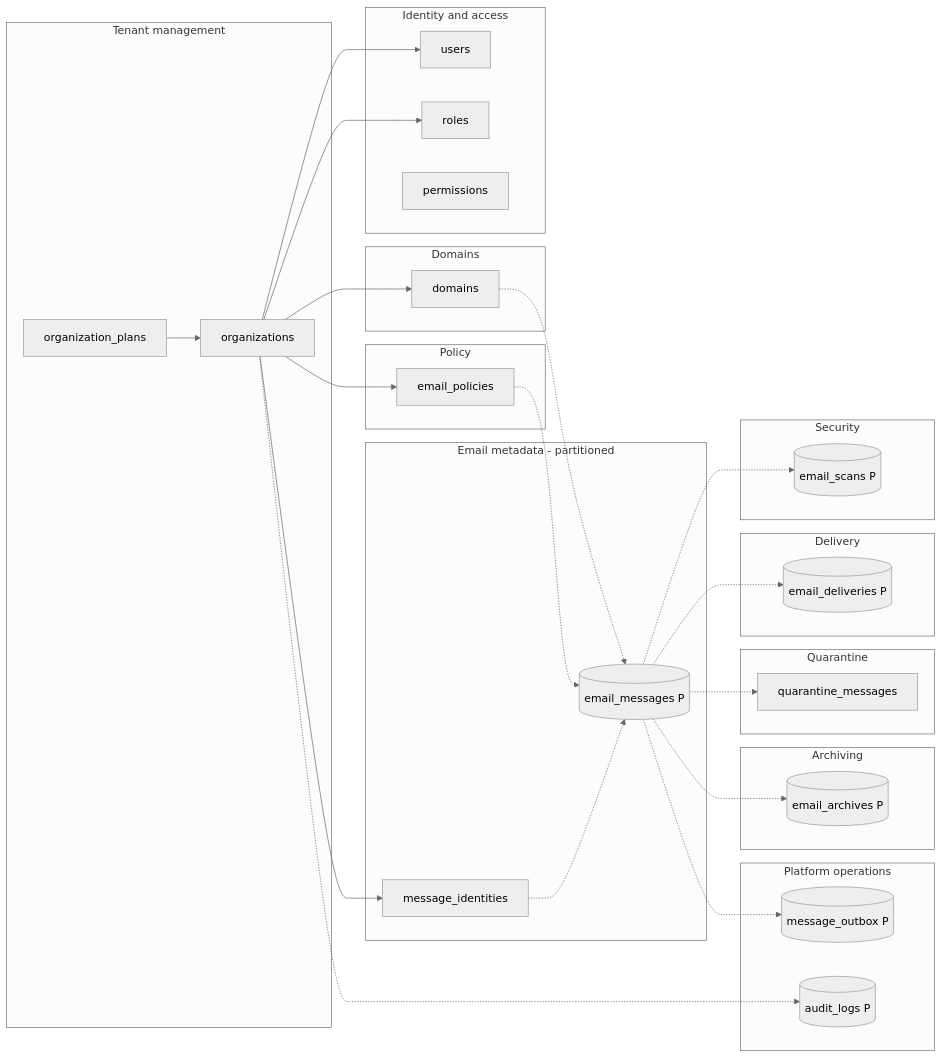
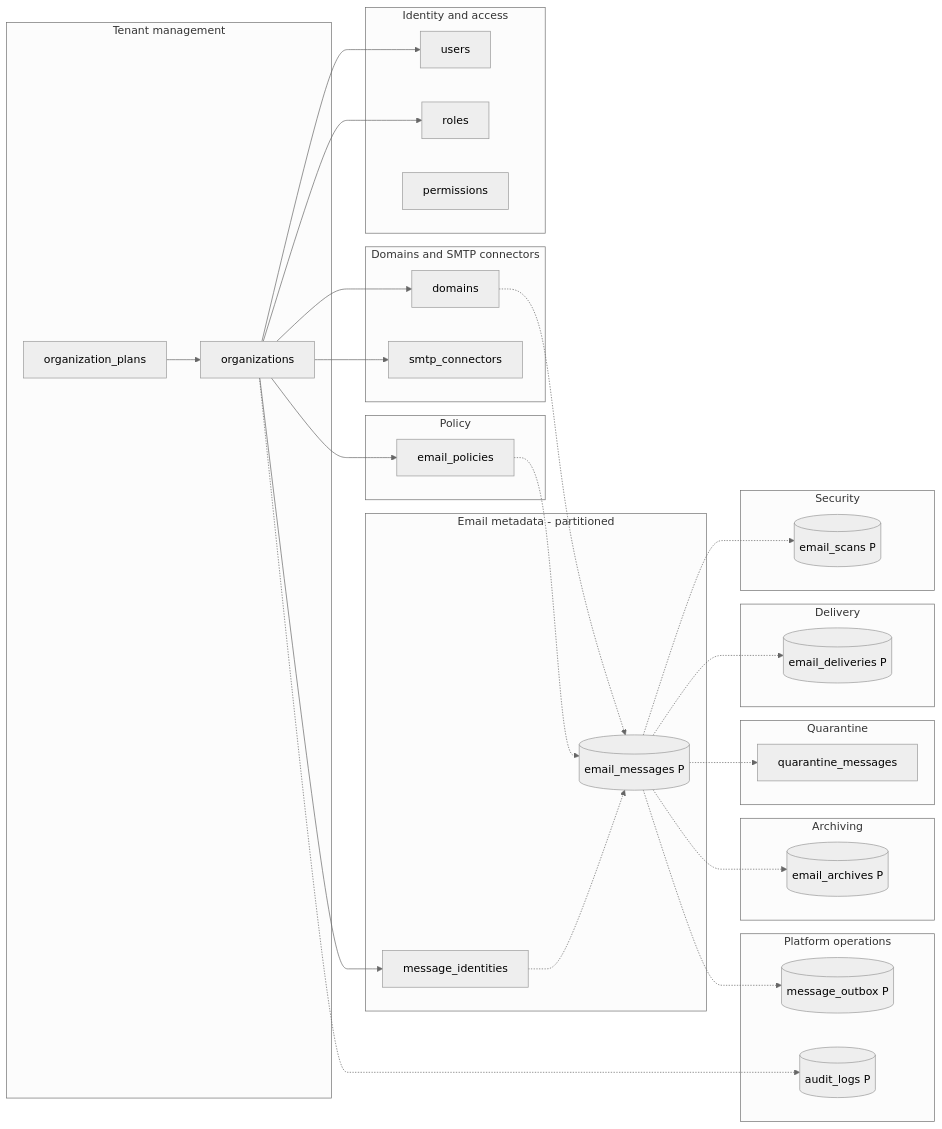
One commit to mnnitsarvesh-ai/email-gateway changed the first of 11 diagrams in docs/database/er-diagram.md. Above: the diagram before and after it, drawn with Mermaid (neutral theme). The commit also changed other lines of this file and 282 other files, not shown here.

````diff
--- a/docs/database/er-diagram.md
+++ b/docs/database/er-diagram.md
@@ -14,53 +14,55 @@
 ```mermaid
 flowchart LR
   subgraph tenant[Tenant management]
     organizations
     organization_plans
   end
   subgraph iam[Identity and access]
     users
     roles
     permissions
   end
-  subgraph domain[Domains]
+  subgraph domain[Domains and SMTP connectors]
     domains
+    smtp_connectors
   end
   subgraph mail[Email metadata - partitioned]
     message_identities
     email_messages[(email_messages P)]
   end
   subgraph security[Security]
     email_scans[(email_scans P)]
   end
   subgraph policy[Policy]
     email_policies
   end
   subgraph delivery[Delivery]
     email_deliveries[(email_deliveries P)]
   end
   subgraph quarantine[Quarantine]
     quarantine_messages
   end
   subgraph archive[Archiving]
     email_archives[(email_archives P)]
   end
   subgraph ops[Platform operations]
     message_outbox[(message_outbox P)]
     audit_logs[(audit_logs P)]
   end
   organization_plans --> organizations
   organizations --> users
   organizations --> roles
   organizations --> domains
+  organizations --> smtp_connectors
   organizations --> email_policies
   organizations --> message_identities
   message_identities -.-> email_messages
   domains -.-> email_messages
   email_messages -.-> email_scans
   email_messages -.-> email_deliveries
   email_messages -.-> quarantine_messages
   email_messages -.-> email_archives
   email_messages -.-> message_outbox
   email_policies -.-> email_messages
   organizations -.-> audit_logs
 ```
````
